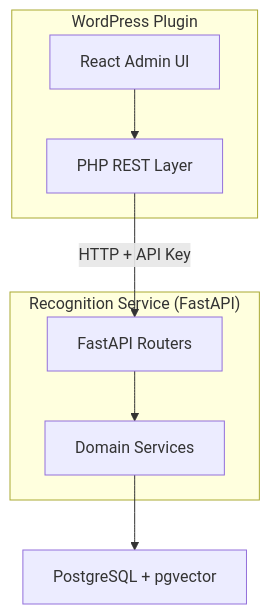
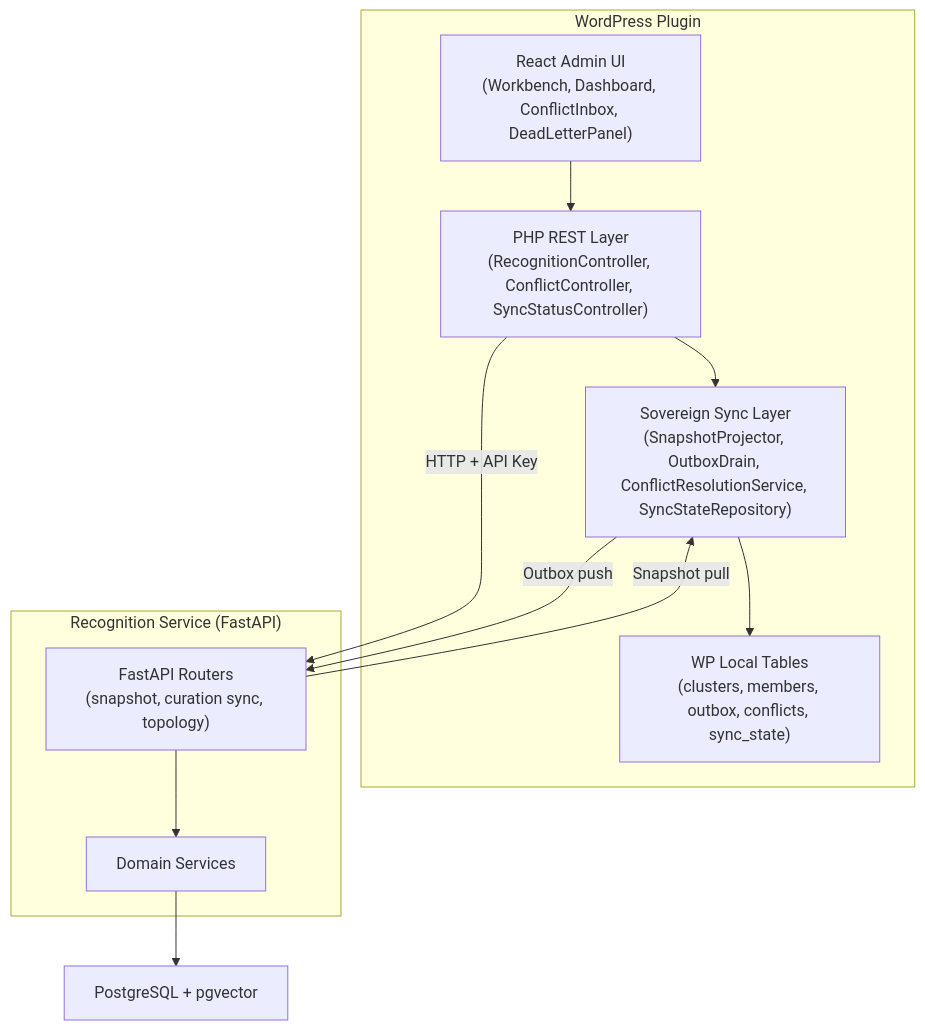
Before and after one commit to darce/context-alt-text-monorepo: the diagram in docs/agentic/instructions.md, drawn with Mermaid. The commit also changed 12 other files, not shown here.

````diff
--- a/docs/agentic/instructions.md
+++ b/docs/agentic/instructions.md
@@ -33,11 +33,15 @@
 ```mermaid
 flowchart TB
     subgraph WordPress["WordPress Plugin"]
-        ReactUI["React Admin UI"] --> PHPLayer["PHP REST Layer"]
+        ReactUI["React Admin UI<br/>(Workbench, Dashboard, ConflictInbox, DeadLetterPanel)"] --> PHPLayer["PHP REST Layer<br/>(RecognitionController, ConflictController, SyncStatusController)"]
+        PHPLayer --> SovereignSync["Sovereign Sync Layer<br/>(SnapshotProjector, OutboxDrain, ConflictResolutionService, SyncStateRepository)"]
+        SovereignSync --> WPDB["WP Local Tables<br/>(clusters, members, outbox, conflicts, sync_state)"]
     end
     subgraph Backend["Recognition Service (FastAPI)"]
-        API["FastAPI Routers"] --> Services["Domain Services"]
+        API["FastAPI Routers<br/>(snapshot, curation sync, topology)"] --> Services["Domain Services"]
     end
     PHPLayer -->|"HTTP + API Key"| API
+    API -->|"Snapshot pull"| SovereignSync
+    SovereignSync -->|"Outbox push"| API
     Services --> Database["PostgreSQL + pgvector"]
 ```
````
